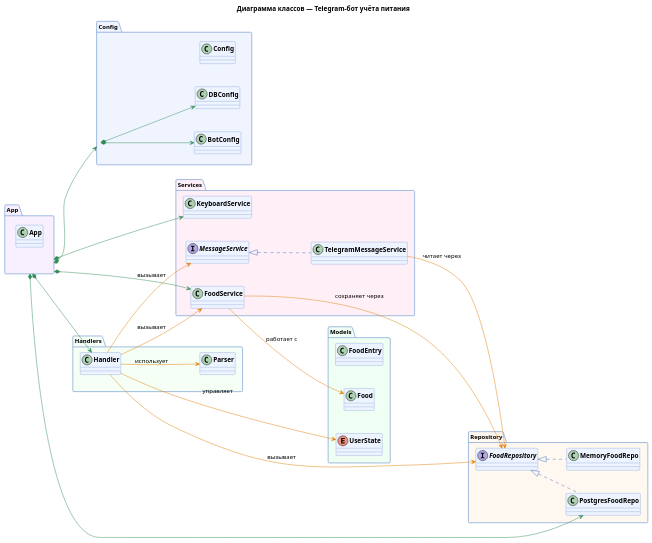
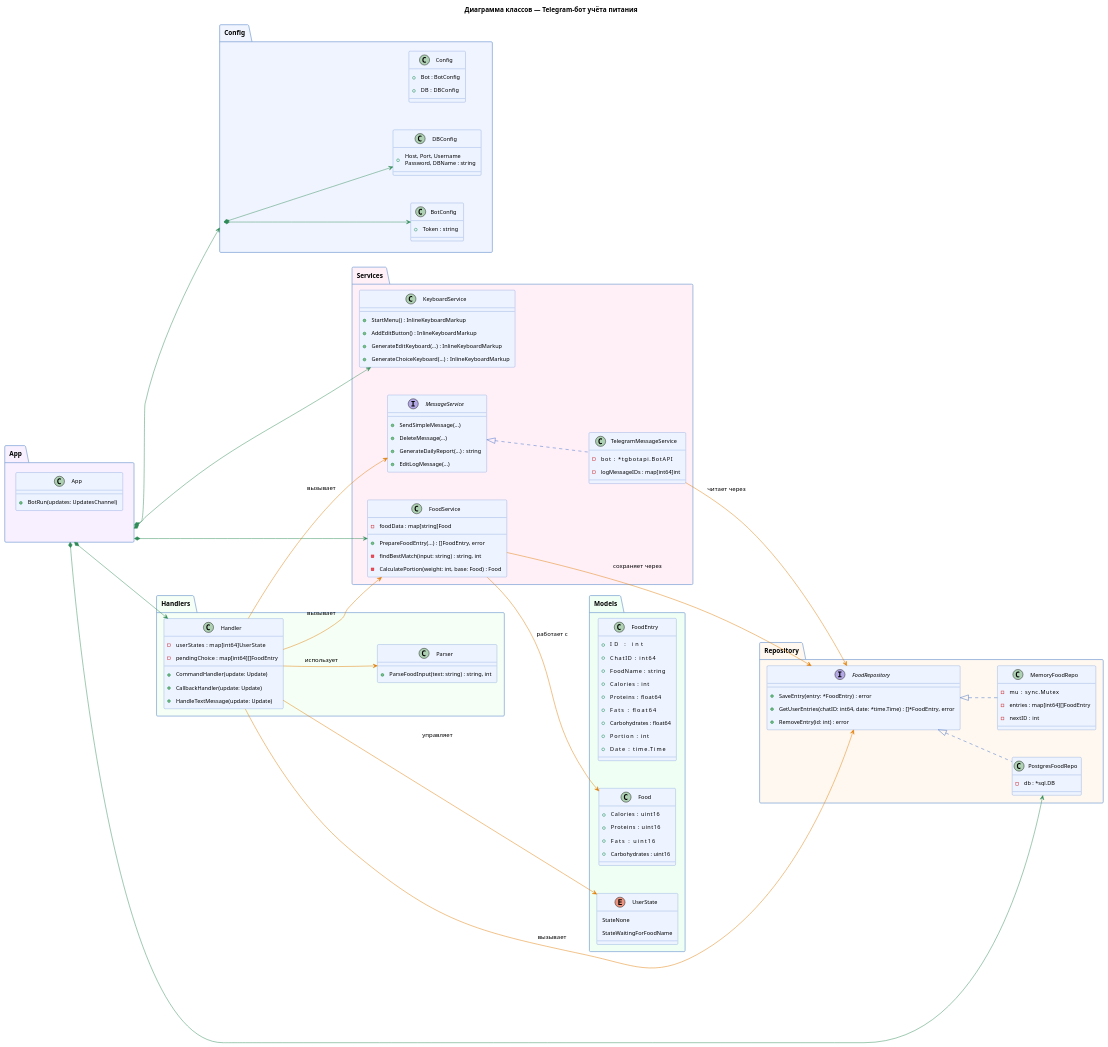
One commit to AD1N23/Spec changed the diagram in Задание 2/classes.puml. Above: the diagram before and after it, drawn with PlantUML. The commit also changed 4 other files, not shown here.

Commit message:
Update classes, seq_1, seq_2, sequence; add MiniApp wireframe

```diff
--- a/Задание 2/classes.puml
+++ b/Задание 2/classes.puml
@@ -1,74 +1,137 @@
 @startuml classes
 skinparam ClassBackgroundColor #EEF4FF
 skinparam ClassBorderColor #3A6BC4
-skinparam ClassFontSize 14
-skinparam ClassFontStyle bold
+skinparam ClassFontSize 13
+skinparam ClassAttributeFontSize 12
 skinparam PackageBackgroundColor #F5F8FF
 skinparam PackageBorderColor #7A9FD4
-skinparam PackageFontSize 13
-skinparam Nodesep 50
-skinparam Ranksep 60
+skinparam Padding 6
+skinparam Nodesep 60
+skinparam Ranksep 80
 
 left to right direction
 
 title Диаграмма классов — Telegram-бот учёта питания
 
 package "Config" #F0F4FF {
-  class Config
-  class BotConfig
-  class DBConfig
+  class Config {
+    +Bot : BotConfig
+    +DB  : DBConfig
+  }
+  class BotConfig {
+    +Token : string
+  }
+  class DBConfig {
+    +Host, Port, Username\nPassword, DBName : string
+  }
 }
 
 package "Models" #F0FFF4 {
-  class FoodEntry
-  class Food
-  enum UserState
+  class FoodEntry {
+    +ID            : int
+    +ChatID        : int64
+    +FoodName      : string
+    +Calories      : int
+    +Proteins      : float64
+    +Fats          : float64
+    +Carbohydrates : float64
+    +Portion       : int
+    +Date          : time.Time
+  }
+  class Food {
+    +Calories      : uint16
+    +Proteins      : uint16
+    +Fats          : uint16
+    +Carbohydrates : uint16
+  }
+  enum UserState {
+    StateNone
+    StateWaitingForFoodName
+  }
 }
 
 package "Repository" #FFF8F0 {
-  interface FoodRepository
-  class PostgresFoodRepo
-  class MemoryFoodRepo
+  interface FoodRepository {
+    +SaveEntry(entry: *FoodEntry) : error
+    +GetUserEntries(chatID: int64, date: *time.Time) : []*FoodEntry, error
+    +RemoveEntry(id: int) : error
+  }
+  class PostgresFoodRepo {
+    -db : *sql.DB
+  }
+  class MemoryFoodRepo {
+    -mu      : sync.Mutex
+    -entries : map[int64][]FoodEntry
+    -nextID  : int
+  }
 }
 
 package "Services" #FFF0F8 {
-  interface MessageService
-  class TelegramMessageService
-  class KeyboardService
-  class FoodService
+  interface MessageService {
+    +SendSimpleMessage(...)
+    +DeleteMessage(...)
+    +GenerateDailyReport(...) : string
+    +EditLogMessage(...)
+  }
+  class TelegramMessageService {
+    -bot           : *tgbotapi.BotAPI
+    -logMessageIDs : map[int64]int
+  }
+  class KeyboardService {
+    +StartMenu() : InlineKeyboardMarkup
+    +AddEditButton() : InlineKeyboardMarkup
+    +GenerateEditKeyboard(...) : InlineKeyboardMarkup
+    +GenerateChoiceKeyboard(...) : InlineKeyboardMarkup
+  }
+  class FoodService {
+    -foodData : map[string]Food
+    +PrepareFoodEntry(...) : []FoodEntry, error
+    -findBestMatch(input: string) : string, int
+    -CalculatePortion(weight: int, base: Food) : Food
+  }
 }
 
 package "Handlers" #F5FFF5 {
-  class Handler
-  class Parser
+  class Handler {
+    -userStates    : map[int64]UserState
+    -pendingChoice : map[int64][]FoodEntry
+    +CommandHandler(update: Update)
+    +CallbackHandler(update: Update)
+    +HandleTextMessage(update: Update)
+  }
+  class Parser {
+    +ParseFoodInput(text: string) : string, int
+  }
 }
 
 package "App" #F8F0FF {
-  class App
+  class App {
+    +BotRun(updates: UpdatesChannel)
+  }
 }
 
 ' ── Реализация интерфейсов (синий) ───────────────────
 FoodRepository <|.. PostgresFoodRepo #3A6BC4
 FoodRepository <|.. MemoryFoodRepo #3A6BC4
 MessageService <|.. TelegramMessageService #3A6BC4
 
 ' ── Агрегация / владение (зелёный) ──────────────────
 App *--> Config #2E8B57
 App *--> Handler #2E8B57
 App *--> PostgresFoodRepo #2E8B57
 App *--> FoodService #2E8B57
 App *--> KeyboardService #2E8B57
 Config *--> BotConfig #2E8B57
 Config *--> DBConfig #2E8B57
 
 ' ── Использование / зависимость (оранжевый) ──────────
 Handler --> FoodService #E07B00 : вызывает
 Handler --> FoodRepository #E07B00 : вызывает
 Handler --> MessageService #E07B00 : вызывает
 Handler --> UserState #E07B00 : управляет
 Handler --> Parser #E07B00 : использует
 FoodService --> FoodRepository #E07B00 : сохраняет через
 FoodService --> Food #E07B00 : работает с
 TelegramMessageService --> FoodRepository #E07B00 : читает через
 
 @enduml
```
